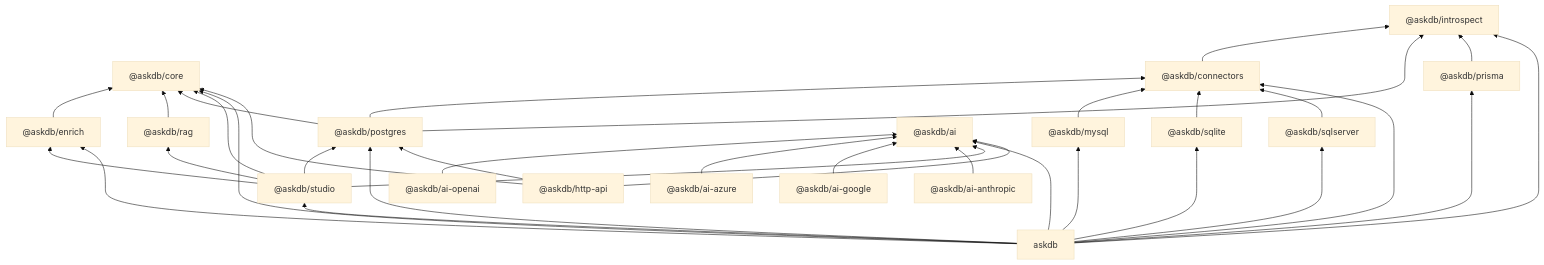
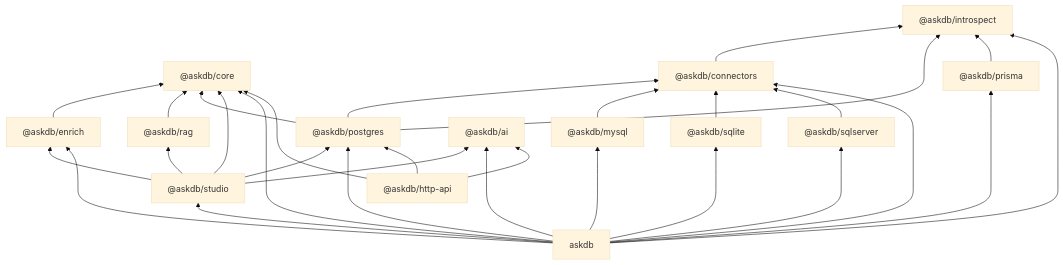
One commit to Ygilany/AskDB changed the third of 7 diagrams in docs/architecture.md. Above: the diagram before and after it, drawn with Mermaid (base theme). The commit also changed other lines of this file and 20 other files, not shown here.

````diff
--- a/docs/architecture.md
+++ b/docs/architecture.md
@@ -133,55 +122,47 @@
 ```mermaid
 flowchart BT
   core["@askdb/core"]
   introspect["@askdb/introspect"]
   enrich["@askdb/enrich"]
   rag["@askdb/rag"]
   postgres["@askdb/postgres"]
   prisma["@askdb/prisma"]
   connectors["@askdb/connectors"]
   mysql["@askdb/mysql"]
   sqlite["@askdb/sqlite"]
   sqlserver["@askdb/sqlserver"]
   ai["@askdb/ai"]
-  aiOpenai["@askdb/ai-openai"]
-  aiAzure["@askdb/ai-azure"]
-  aiGoogle["@askdb/ai-google"]
-  aiAnthropic["@askdb/ai-anthropic"]
   studio["@askdb/studio"]
   cli["askdb"]
   http["@askdb/http-api"]
 
   connectors --> introspect
   enrich --> core
   rag --> core
   postgres --> core
   postgres --> introspect
   postgres --> connectors
   prisma --> introspect
   mysql --> connectors
   sqlite --> connectors
   sqlserver --> connectors
-  aiOpenai --> ai
-  aiAzure --> ai
-  aiGoogle --> ai
-  aiAnthropic --> ai
   studio --> enrich
   studio --> core
   studio --> postgres
   studio --> rag
   studio --> ai
   cli --> core
   cli --> introspect
   cli --> postgres
   cli --> prisma
   cli --> connectors
   cli --> mysql
   cli --> sqlite
   cli --> sqlserver
   cli --> enrich
   cli --> studio
   cli --> ai
   http --> core
   http --> postgres
   http --> ai
 ```
````
